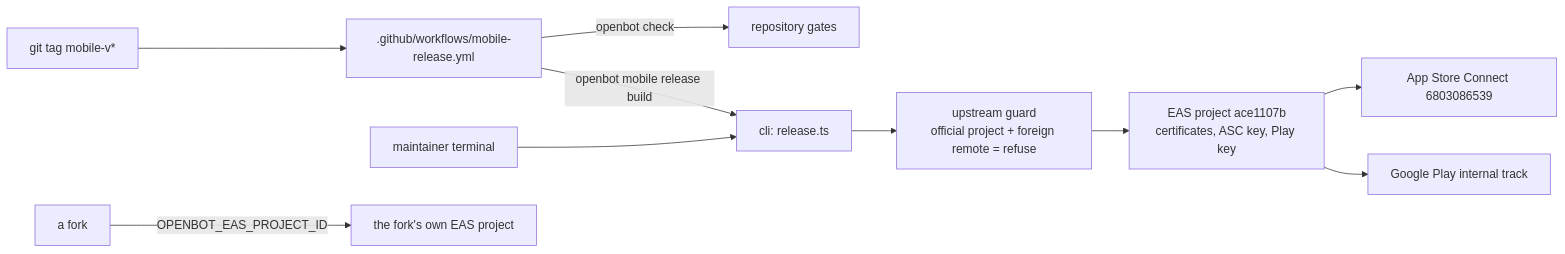
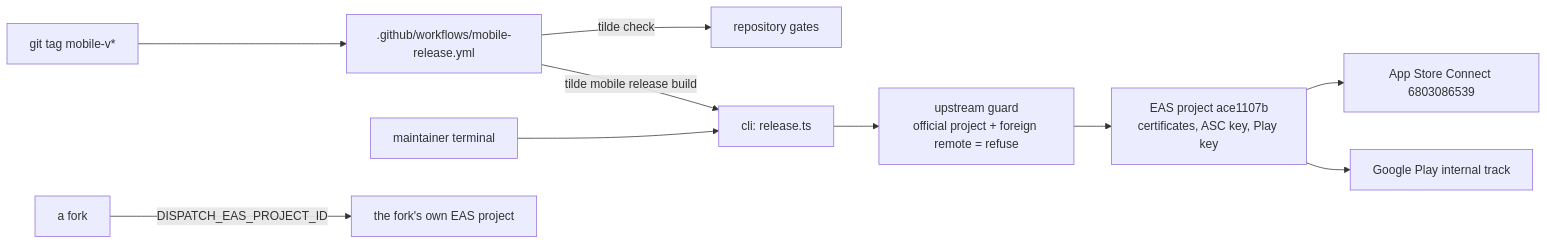
The diagram in docs/updates/59.md (trytilde/dispatch), drawn with Mermaid before and after one commit. The commit also changed other lines of this file and 668 other files, not shown here.

````diff
--- a/docs/updates/59.md
+++ b/docs/updates/59.md
@@ -11,12 +11,12 @@
 ```mermaid
 flowchart LR
   Tag["git tag mobile-v*"] --> WF[".github/workflows/mobile-release.yml"]
-  WF -->|"openbot check"| Gate["repository gates"]
-  WF -->|"openbot mobile release build"| CLI["cli: release.ts"]
+  WF -->|"tilde check"| Gate["repository gates"]
+  WF -->|"tilde mobile release build"| CLI["cli: release.ts"]
   Dev["maintainer terminal"] --> CLI
   CLI --> Guard["upstream guard\nofficial project + foreign remote = refuse"]
   Guard --> EAS["EAS project ace1107b\ncertificates, ASC key, Play key"]
   EAS --> ASC["App Store Connect 6803086539"]
   EAS --> Play["Google Play internal track"]
-  Fork["a fork"] -->|"OPENBOT_EAS_PROJECT_ID"| Own["the fork's own EAS project"]
+  Fork["a fork"] -->|"DISPATCH_EAS_PROJECT_ID"| Own["the fork's own EAS project"]
 ```
````
